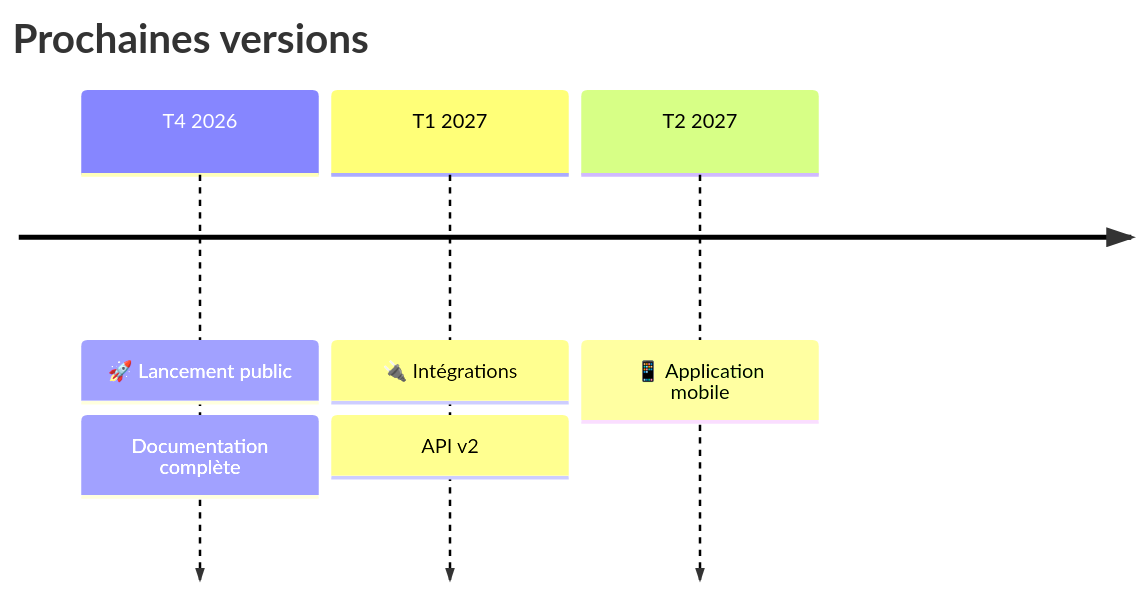
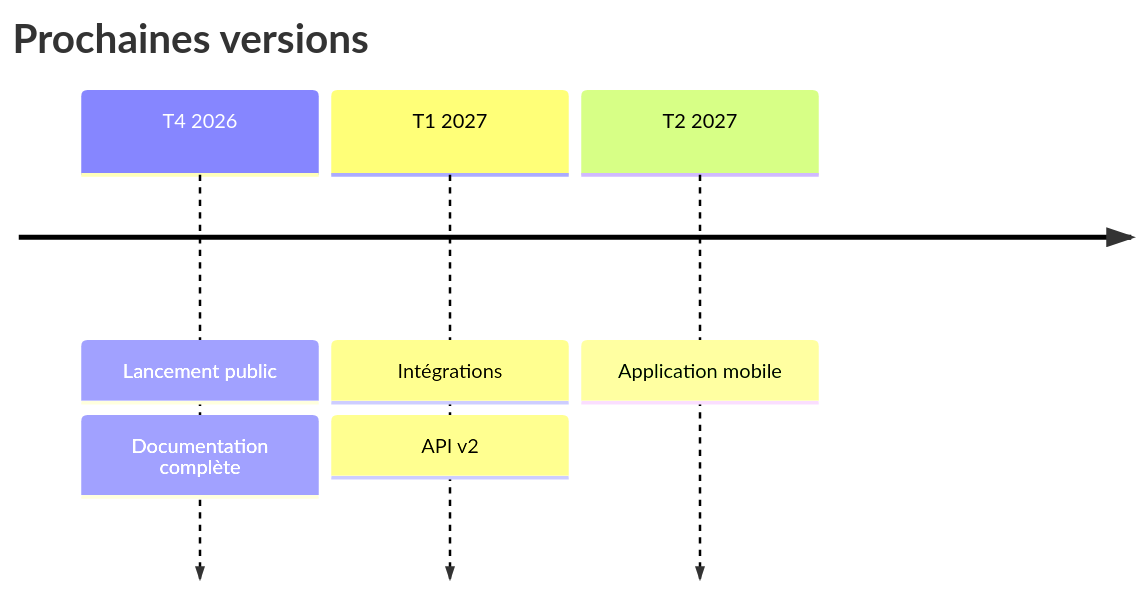
One commit to GoobyWoobies/HEIA-IT changed the fourth of 4 diagrams in template.md. Above: the diagram before and after it, drawn with Mermaid. The commit also changed other lines of this file and 24 other files, not shown here.

````diff
--- a/template.md
+++ b/template.md
@@ -256,9 +256,9 @@
 ```mermaid
 timeline
     title Prochaines versions
-    T4 2026 : 🚀 Lancement public
+    T4 2026 : Lancement public
             : Documentation complète
-    T1 2027 : 🔌 Intégrations
+    T1 2027 : Intégrations
             : API v2
-    T2 2027 : 📱 Application mobile
+    T2 2027 : Application mobile
 ```
````
